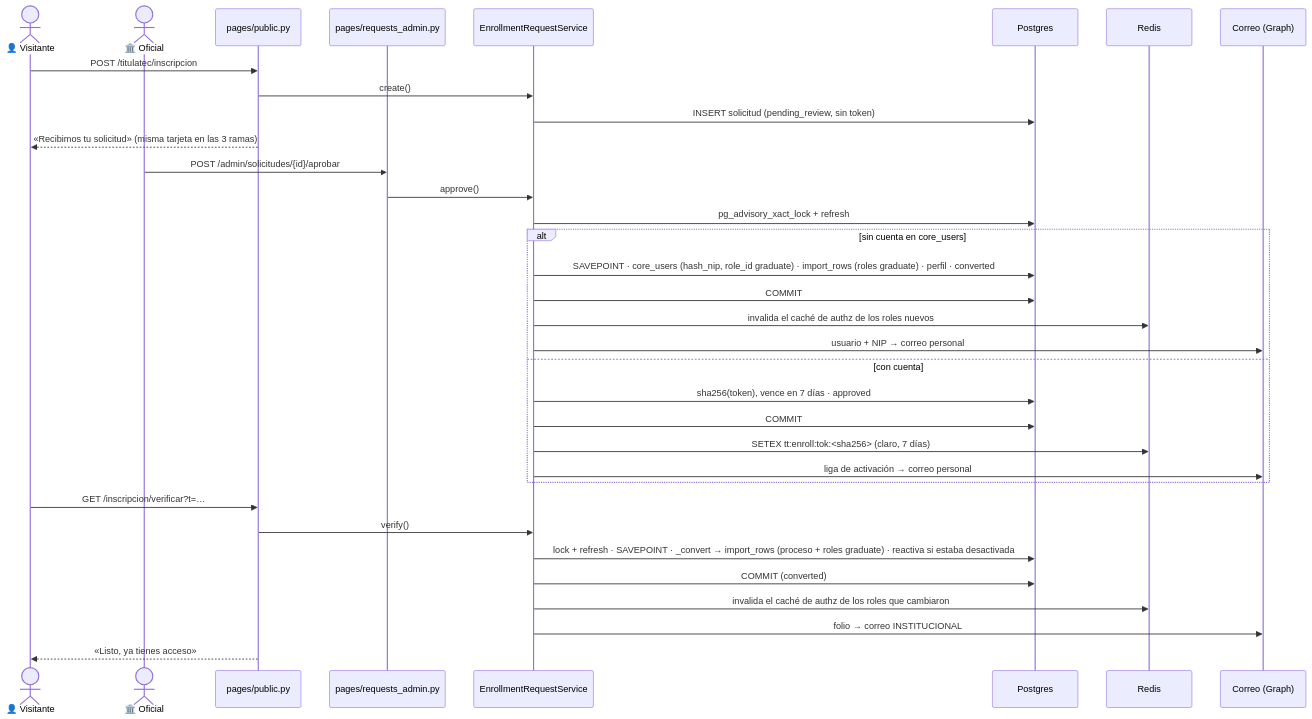
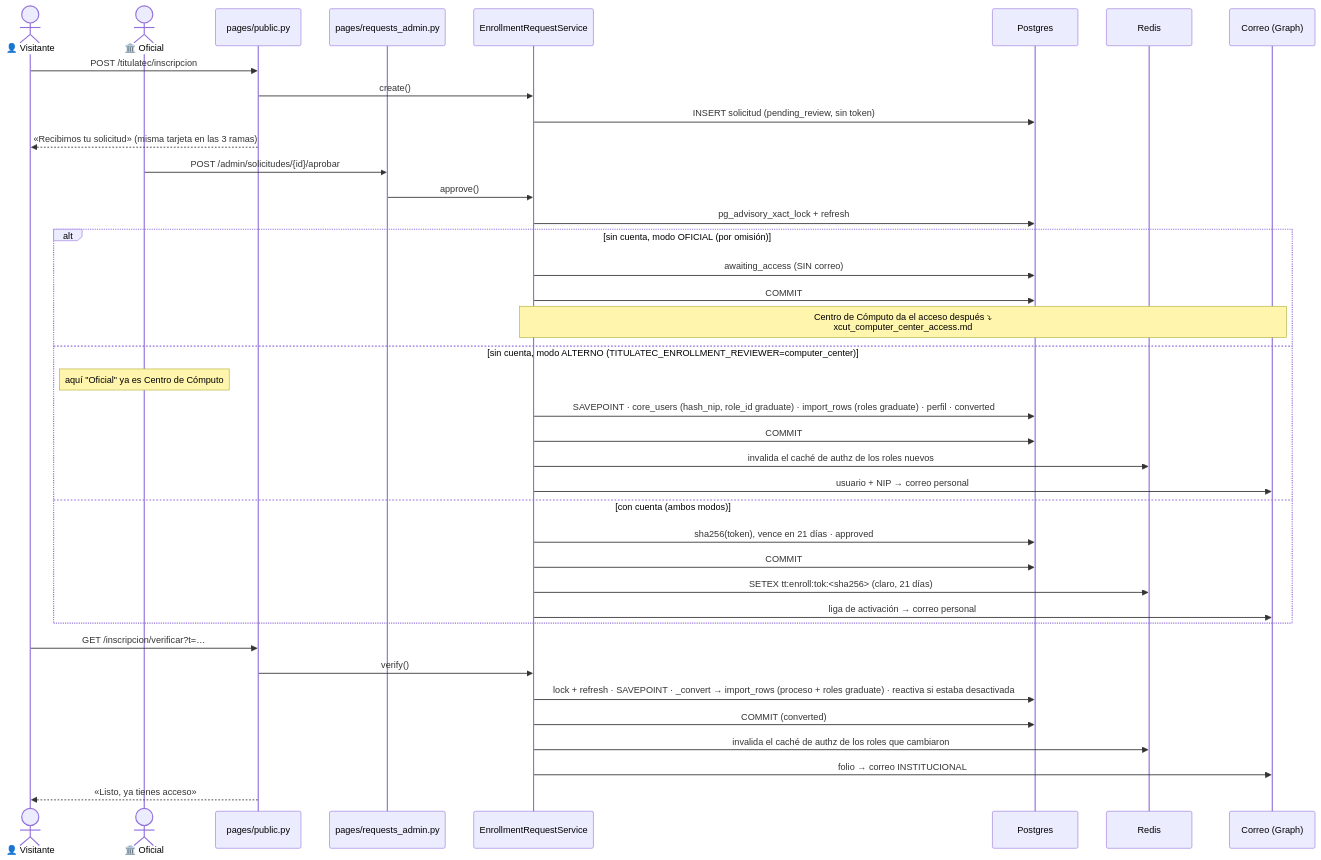
Before and after one commit to Erne1357/itcj: the second of 2 diagrams in itcj2/apps/titulatec/docs/flows/xcut_public_enrollment.md, drawn with Mermaid. The commit also changed other lines of this file and 4 other files, not shown here.

First line of the commit message:
docs(titulatec): flujo de accesos de Centro de Cómputo

````diff
--- a/itcj2/apps/titulatec/docs/flows/xcut_public_enrollment.md
+++ b/itcj2/apps/titulatec/docs/flows/xcut_public_enrollment.md
@@ -152,36 +164,41 @@
 ```mermaid
 sequenceDiagram
     actor V as 👤 Visitante
     actor O as 🏛️ Oficial
     participant P as pages/public.py
     participant B as pages/requests_admin.py
     participant S as EnrollmentRequestService
     participant DB as Postgres
     participant R as Redis
     participant M as Correo (Graph)
     V->>P: POST /titulatec/inscripcion
     P->>S: create()
     S->>DB: INSERT solicitud (pending_review, sin token)
     P-->>V: «Recibimos tu solicitud» (misma tarjeta en las 3 ramas)
     O->>B: POST /admin/solicitudes/{id}/aprobar
     B->>S: approve()
     S->>DB: pg_advisory_xact_lock + refresh
-    alt sin cuenta en core_users
+    alt sin cuenta, modo OFICIAL (por omisión)
+        S->>DB: awaiting_access (SIN correo)
+        S->>DB: COMMIT
+        Note over S,M: Centro de Cómputo da el acceso después ⤵<br/>xcut_computer_center_access.md
+    else sin cuenta, modo ALTERNO (TITULATEC_ENROLLMENT_REVIEWER=computer_center)
+        Note over O: aquí "Oficial" ya es Centro de Cómputo
         S->>DB: SAVEPOINT · core_users (hash_nip, role_id graduate) · import_rows (roles graduate) · perfil · converted
         S->>DB: COMMIT
         S->>R: invalida el caché de authz de los roles nuevos
         S->>M: usuario + NIP → correo personal
-    else con cuenta
-        S->>DB: sha256(token), vence en 7 días · approved
+    else con cuenta (ambos modos)
+        S->>DB: sha256(token), vence en 21 días · approved
         S->>DB: COMMIT
-        S->>R: SETEX tt:enroll:tok:<sha256> (claro, 7 días)
+        S->>R: SETEX tt:enroll:tok:<sha256> (claro, 21 días)
         S->>M: liga de activación → correo personal
     end
     V->>P: GET /inscripcion/verificar?t=…
     P->>S: verify()
     S->>DB: lock + refresh · SAVEPOINT · _convert → import_rows (proceso + roles graduate) · reactiva si estaba desactivada
     S->>DB: COMMIT (converted)
     S->>R: invalida el caché de authz de los roles que cambiaron
     S->>M: folio → correo INSTITUCIONAL
     P-->>V: «Listo, ya tienes acceso»
 ```
````
